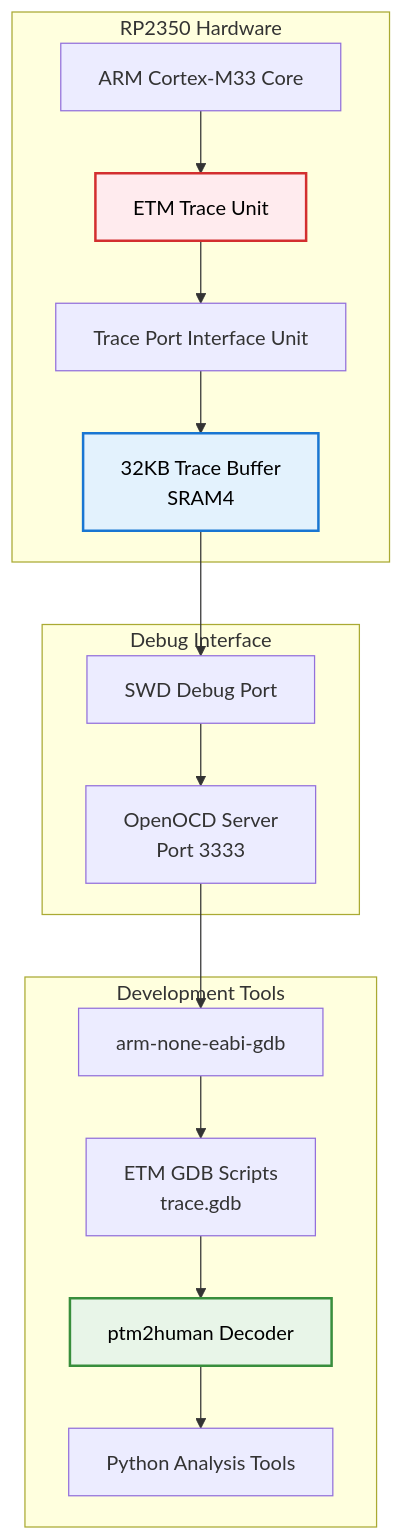
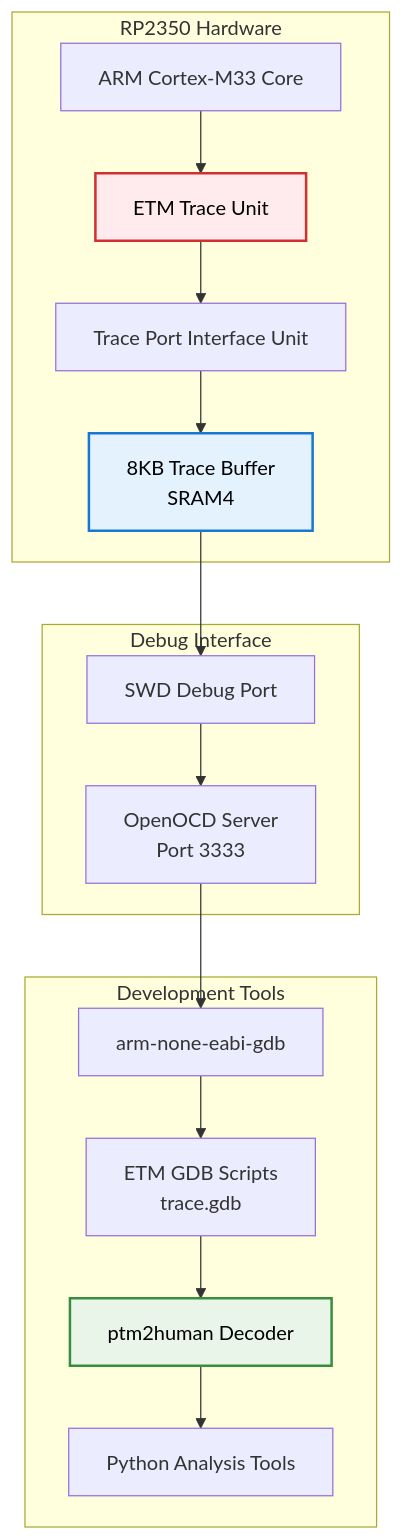
Before and after one commit to Tabrez-dev/pico2-etm: the first of 3 diagrams in README.md, drawn with Mermaid. The commit also changed other lines of this file, not shown here.

````diff
--- a/README.md
+++ b/README.md
@@ -24,36 +24,36 @@
 ```mermaid
 graph TB
     subgraph "RP2350 Hardware"
         CPU[ARM Cortex-M33 Core]
         ETM[ETM Trace Unit]
         TPIU[Trace Port Interface Unit]
-        SRAM[32KB Trace Buffer<br/>SRAM4]
+        SRAM[8KB Trace Buffer<br/>SRAM4]
     end
     
     subgraph "Debug Interface"
         SWD[SWD Debug Port]
         OpenOCD[OpenOCD Server<br/>Port 3333]
     end
     
     subgraph "Development Tools"
         GDB[arm-none-eabi-gdb]
         Scripts[ETM GDB Scripts<br/>trace.gdb]
         Decoder[ptm2human Decoder]
         Analyzer[Python Analysis Tools]
     end
     
     CPU --> ETM
     ETM --> TPIU
     TPIU --> SRAM
     SRAM --> SWD
     SWD --> OpenOCD
     OpenOCD --> GDB
     GDB --> Scripts
     Scripts --> Decoder
     Decoder --> Analyzer
     
     %% GitHub-compatible styling with good contrast
     style ETM fill:#ffebee,stroke:#d32f2f,stroke-width:2px,color:#000
     style SRAM fill:#e3f2fd,stroke:#1976d2,stroke-width:2px,color:#000
     style Decoder fill:#e8f5e8,stroke:#388e3c,stroke-width:2px,color:#000
 ```
````
